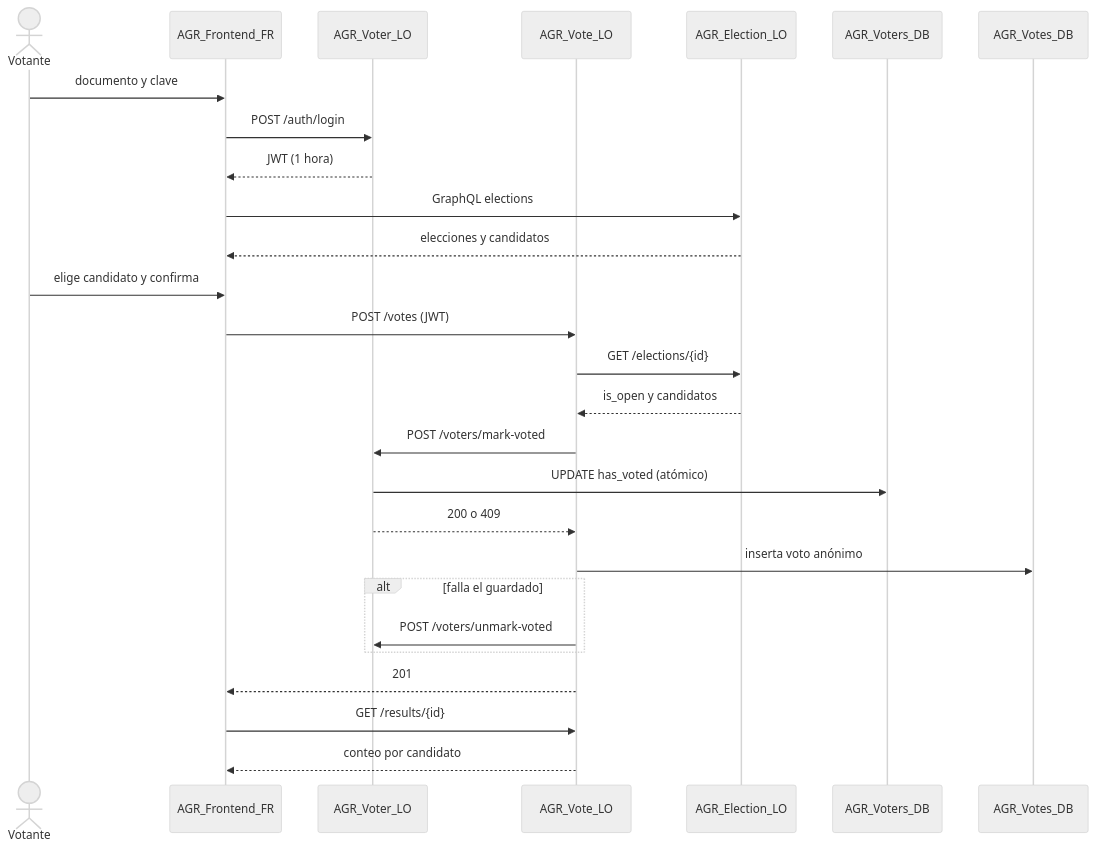
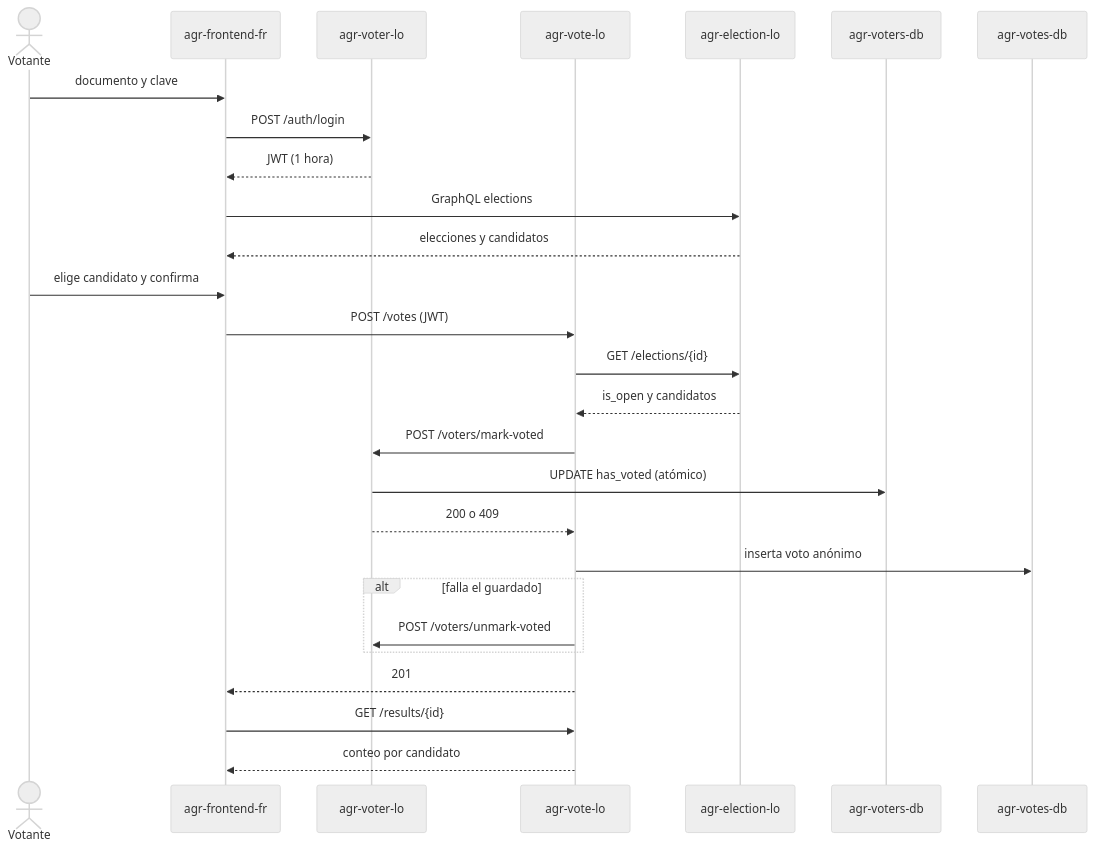
Before and after one commit to Cam152/ArquiSoft: the third of 3 diagrams in README.md, drawn with Mermaid (neutral theme). The commit also changed other lines of this file and 5 other files, not shown here.

````diff
--- a/README.md
+++ b/README.md
@@ -618,29 +622,29 @@
 ```mermaid
 sequenceDiagram
   actor V as Votante
-  participant FE as AGR_Frontend_FR
-  participant VS as AGR_Voter_LO
-  participant TS as AGR_Vote_LO
-  participant ES as AGR_Election_LO
-  participant VDB as AGR_Voters_DB
-  participant TDB as AGR_Votes_DB
+  participant FE as agr-frontend-fr
+  participant VS as agr-voter-lo
+  participant TS as agr-vote-lo
+  participant ES as agr-election-lo
+  participant VDB as agr-voters-db
+  participant TDB as agr-votes-db
   V->>FE: documento y clave
   FE->>VS: POST /auth/login
   VS-->>FE: JWT (1 hora)
   FE->>ES: GraphQL elections
   ES-->>FE: elecciones y candidatos
   V->>FE: elige candidato y confirma
   FE->>TS: POST /votes (JWT)
   TS->>ES: GET /elections/{id}
   ES-->>TS: is_open y candidatos
   TS->>VS: POST /voters/mark-voted
   VS->>VDB: UPDATE has_voted (atómico)
   VS-->>TS: 200 o 409
   TS->>TDB: inserta voto anónimo
   alt falla el guardado
     TS->>VS: POST /voters/unmark-voted
   end
   TS-->>FE: 201
   FE->>TS: GET /results/{id}
   TS-->>FE: conteo por candidato
 ```
````
